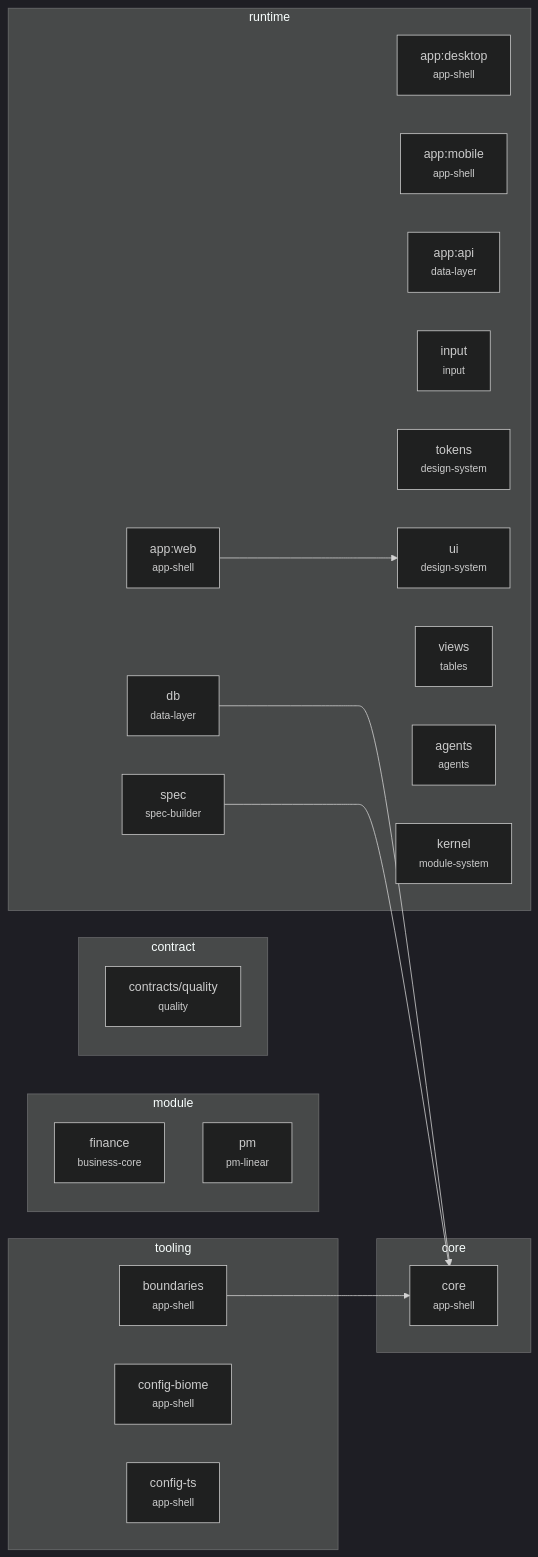
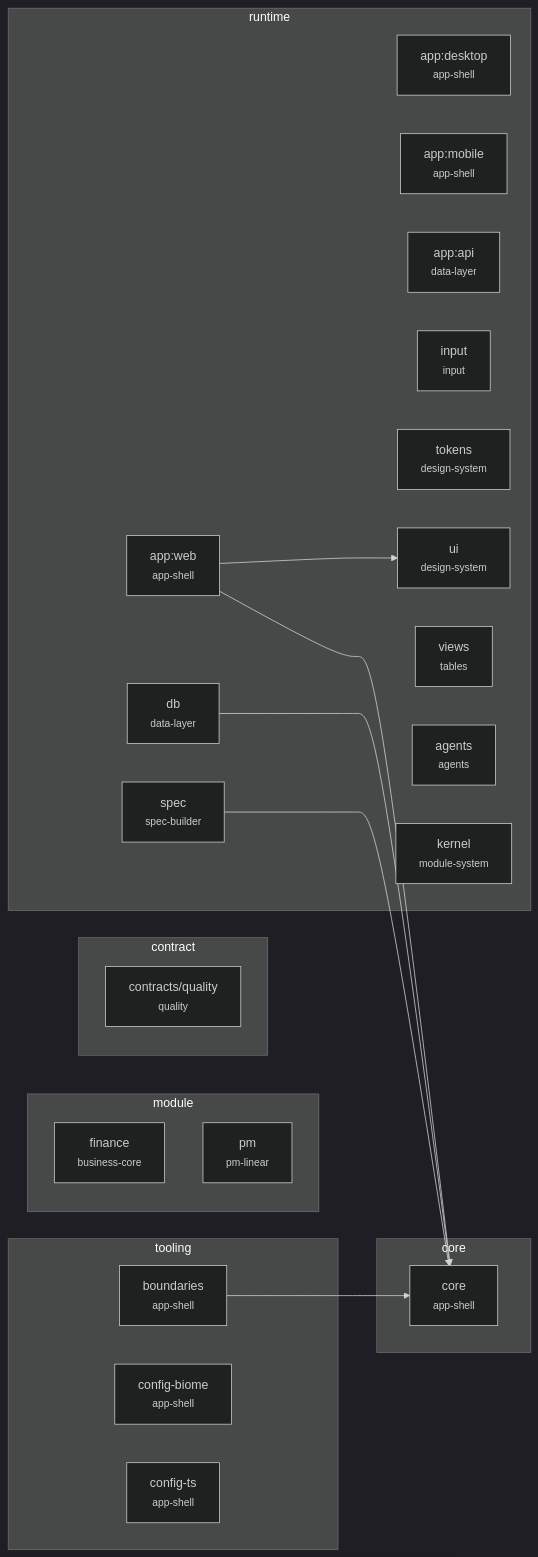
Before and after one commit to imagine-os/empty-11: the first of 2 diagrams in docs/platform/dependency-map.md, drawn with Mermaid (dark theme). The commit also changed other lines of this file and 5 other files, not shown here.

````diff
--- a/docs/platform/dependency-map.md
+++ b/docs/platform/dependency-map.md
@@ -15,36 +15,37 @@
 ```mermaid
 flowchart LR
   subgraph core["core"]
     packages_core["core<br/><small>app-shell</small>"]
   end
   subgraph runtime["runtime"]
     apps_web["app:web<br/><small>app-shell</small>"]
     apps_desktop["app:desktop<br/><small>app-shell</small>"]
     apps_mobile["app:mobile<br/><small>app-shell</small>"]
     apps_api["app:api<br/><small>data-layer</small>"]
     packages_db["db<br/><small>data-layer</small>"]
     packages_input["input<br/><small>input</small>"]
     packages_spec["spec<br/><small>spec-builder</small>"]
     packages_tokens["tokens<br/><small>design-system</small>"]
     packages_ui["ui<br/><small>design-system</small>"]
     packages_views["views<br/><small>tables</small>"]
     packages_agents["agents<br/><small>agents</small>"]
     packages_kernel["kernel<br/><small>module-system</small>"]
   end
   subgraph module["module"]
     packages_finance["finance<br/><small>business-core</small>"]
     packages_pm["pm<br/><small>pm-linear</small>"]
   end
   subgraph contract["contract"]
     packages_contracts_quality["contracts/quality<br/><small>quality</small>"]
   end
   subgraph tooling["tooling"]
     packages_boundaries["boundaries<br/><small>app-shell</small>"]
     packages_config_biome["config-biome<br/><small>app-shell</small>"]
     packages_config_ts["config-ts<br/><small>app-shell</small>"]
   end
+  apps_web --> packages_core
   apps_web --> packages_ui
   packages_boundaries --> packages_core
   packages_db --> packages_core
   packages_spec --> packages_core
 ```
````
